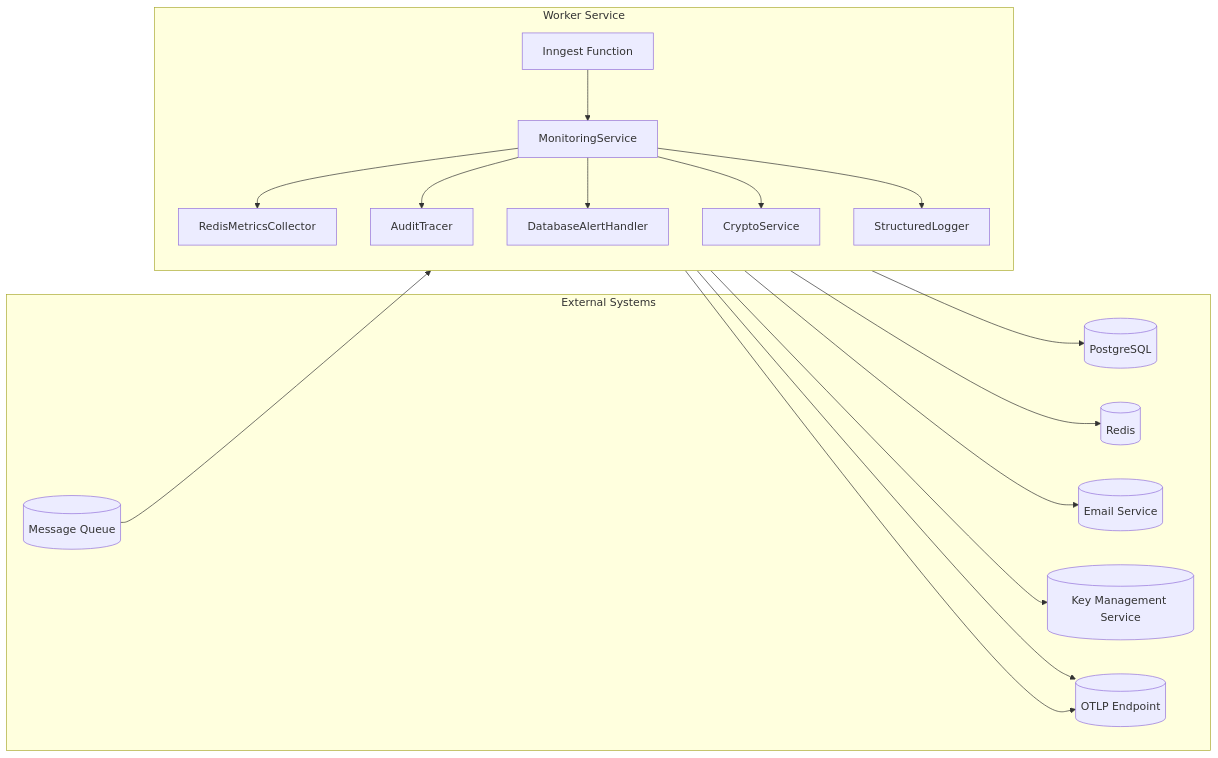
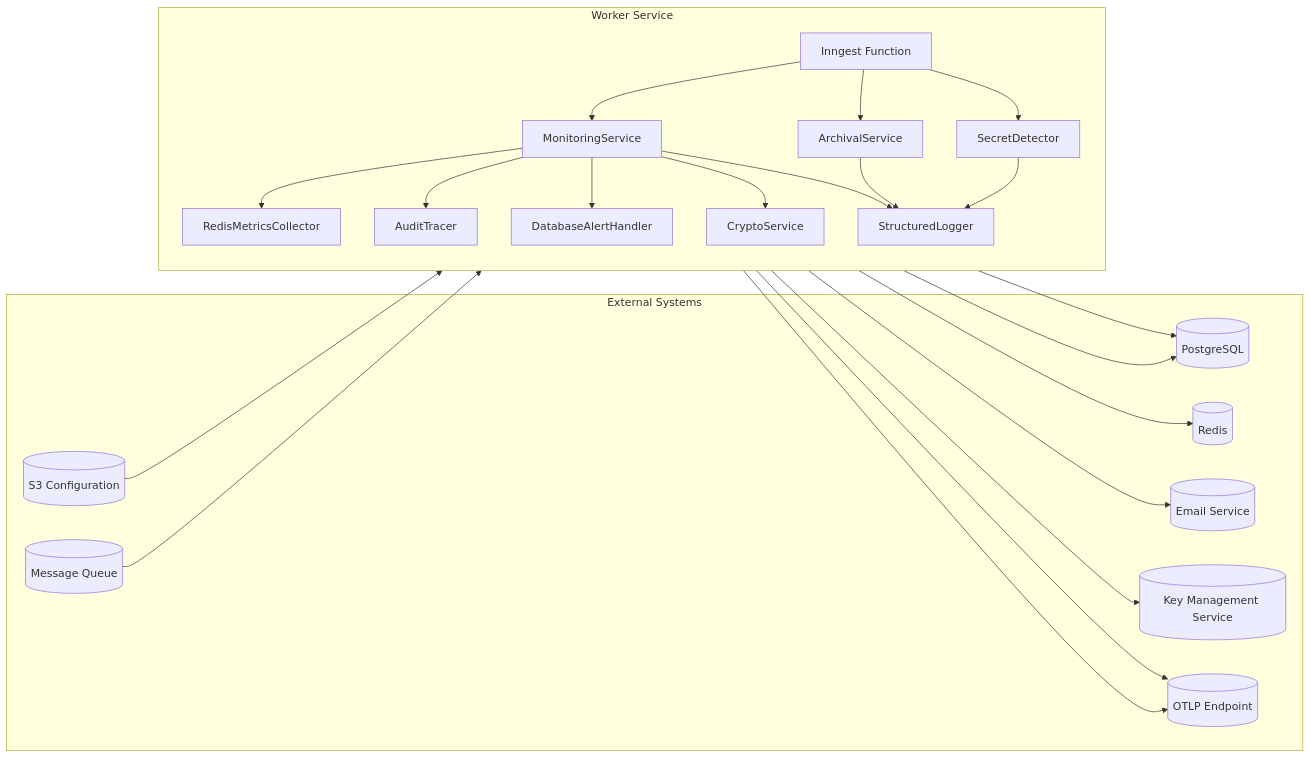
One commit to smedrec/smart-logs changed the second of 10 diagrams in .qoder/repowiki/en/content/Worker Service.md. Above: the diagram before and after it, drawn with Mermaid. The commit also changed other lines of this file and 13 other files, not shown here.

````diff
--- a/.qoder/repowiki/en/content/Worker Service.md
+++ b/.qoder/repowiki/en/content/Worker Service.md
@@ -109,34 +122,43 @@
 ```mermaid
 graph LR
 subgraph "External Systems"
 MQ[(Message Queue)]
 DB[(PostgreSQL)]
 Cache[(Redis)]
 SMTP[(Email Service)]
 KMS[(Key Management Service)]
 OTLP[(OTLP Endpoint)]
+S3[(S3 Configuration)]
 end
 subgraph "Worker Service"
 direction TB
 Inngest[Inngest Function]
 Monitor[MonitoringService]
 Metrics[RedisMetricsCollector]
 Tracer[AuditTracer]
 Alerts[DatabaseAlertHandler]
 Crypto[CryptoService]
 Logger[StructuredLogger]
+Archival[ArchivalService]
+SecretDetector[SecretDetector]
 end
+S3 --> Inngest
 MQ --> Inngest
 Inngest --> Monitor
 Monitor --> Metrics
 Monitor --> Tracer
 Monitor --> Alerts
 Monitor --> Crypto
 Monitor --> Logger
 Crypto --> KMS
 Alerts --> DB
 Metrics --> Cache
 Monitor --> SMTP
 Tracer --> OTLP
 Logger --> OTLP
+Inngest --> Archival
+Archival --> DB
+Archival --> Logger
+Inngest --> SecretDetector
+SecretDetector --> Logger
 ```
````
